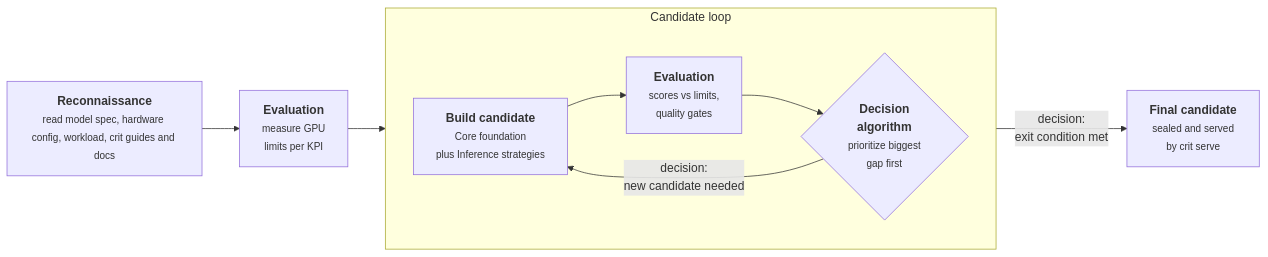
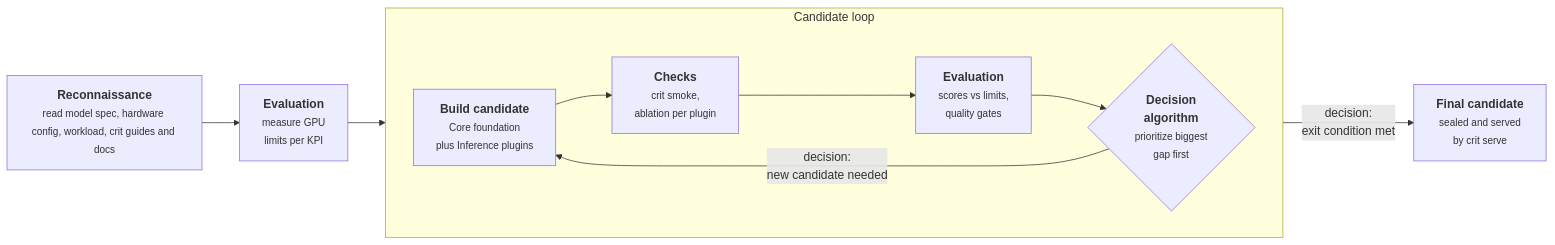
One commit to crit-labs/crit changed the diagram in README.md. Above: the diagram before and after it, drawn with Mermaid. The commit also changed other lines of this file and 546 other files, not shown here.

````diff
--- a/README.md
+++ b/README.md
@@ -292,12 +300,13 @@
 ```mermaid
 flowchart LR
     recon["<b>Reconnaissance</b><br/><small>read model spec, hardware config, workload, crit guides and docs</small>"] --> limits["<b>Evaluation</b><br/><small>measure GPU<br/>limits per KPI</small>"]
     limits --> build
     subgraph loop ["Candidate loop"]
         direction LR
-        build["<b>Build candidate</b><br/><small>Core foundation<br/>plus Inference strategies</small>"] --> measure["<b>Evaluation</b><br/><small>scores vs limits,<br/>quality gates</small>"]
+        build["<b>Build candidate</b><br/><small>Core foundation<br/>plus Inference plugins</small>"] --> check["<b>Checks</b><br/><small>crit smoke,<br/>ablation per plugin</small>"]
+        check --> measure["<b>Evaluation</b><br/><small>scores vs limits,<br/>quality gates</small>"]
         measure --> decide{"<b>Decision<br/>algorithm</b><br/><small>prioritize biggest<br/>gap first</small>"}
         decide -- "decision:<br/>new candidate needed" --> build
     end
     decide -- "decision:<br/>exit condition met" --> final["<b>Final candidate</b><br/><small>sealed and served<br/>by crit serve</small>"]
 ```
````
